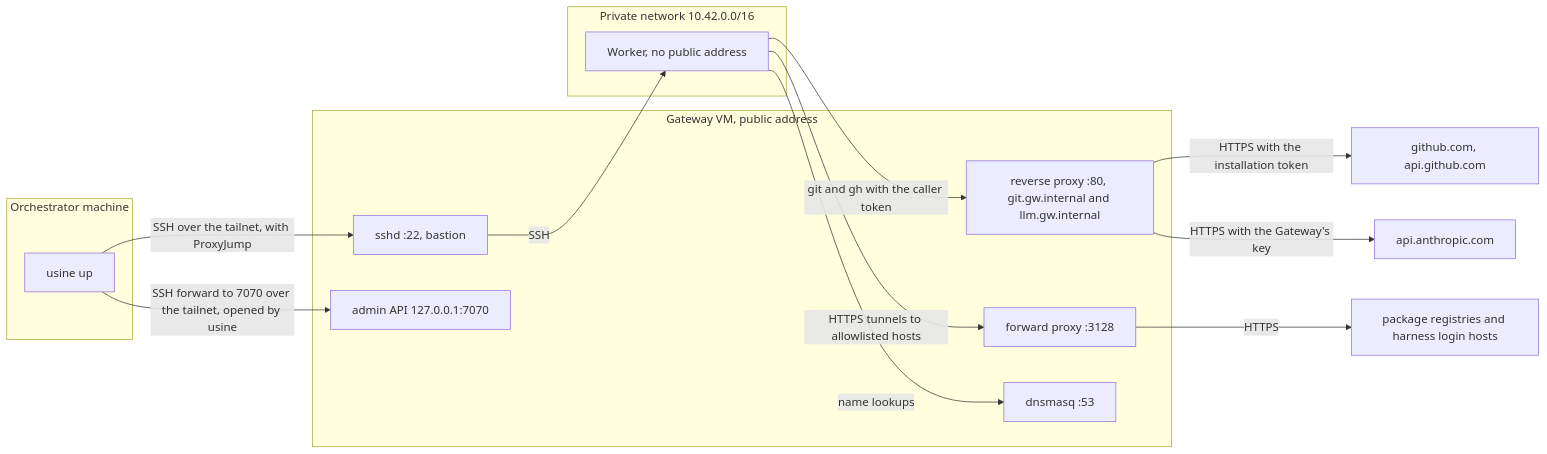
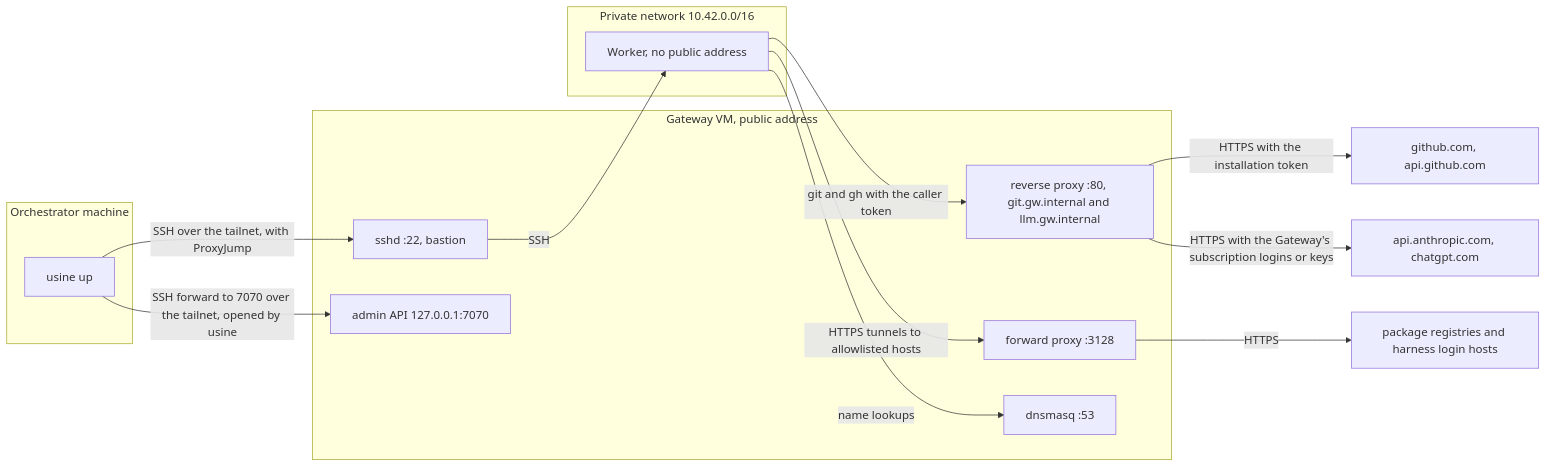
The diagram in apps/docs/src/content/docs/guides/add-a-worker.mdx (basaltbytes/usine), drawn with Mermaid before and after one commit. The commit also changed other lines of this file and 10 other files, not shown here.

Commit message:
Document the gateway's subscription logins and record why the login moves to the gateway

````diff
--- a/apps/docs/src/content/docs/guides/add-a-worker.mdx
+++ b/apps/docs/src/content/docs/guides/add-a-worker.mdx
@@ -140,25 +140,25 @@
 ```mermaid
 flowchart LR
   subgraph orch["Orchestrator machine"]
     O["usine up"]
   end
   subgraph gw["Gateway VM, public address"]
     SSHD["sshd :22, bastion"]
     ADMIN["admin API 127.0.0.1:7070"]
     RP["reverse proxy :80, git.gw.internal and llm.gw.internal"]
     FP["forward proxy :3128"]
     DNS["dnsmasq :53"]
   end
   subgraph net["Private network 10.42.0.0/16"]
     W["Worker, no public address"]
   end
   O -->|"SSH over the tailnet, with ProxyJump"| SSHD
   SSHD -->|SSH| W
   O -->|"SSH forward to 7070 over the tailnet, opened by usine"| ADMIN
   W -->|"git and gh with the caller token"| RP
   W -->|"HTTPS tunnels to allowlisted hosts"| FP
   W -->|"name lookups"| DNS
   RP -->|"HTTPS with the installation token"| GH["github.com, api.github.com"]
-  RP -->|"HTTPS with the Gateway's key"| LLM["api.anthropic.com"]
+  RP -->|"HTTPS with the Gateway's subscription logins or keys"| LLM["api.anthropic.com, chatgpt.com"]
   FP -->|HTTPS| EXT["package registries and harness login hosts"]
 ```
````
